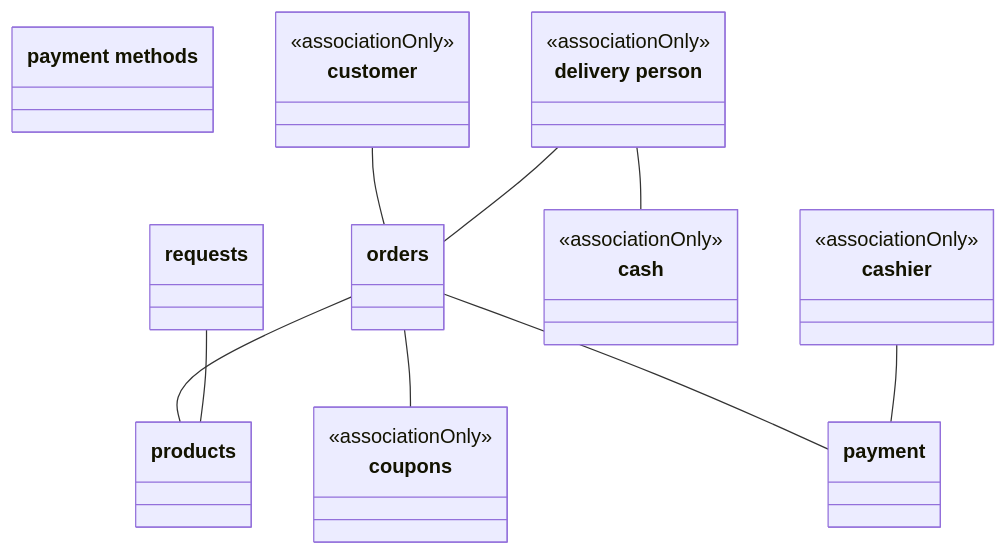
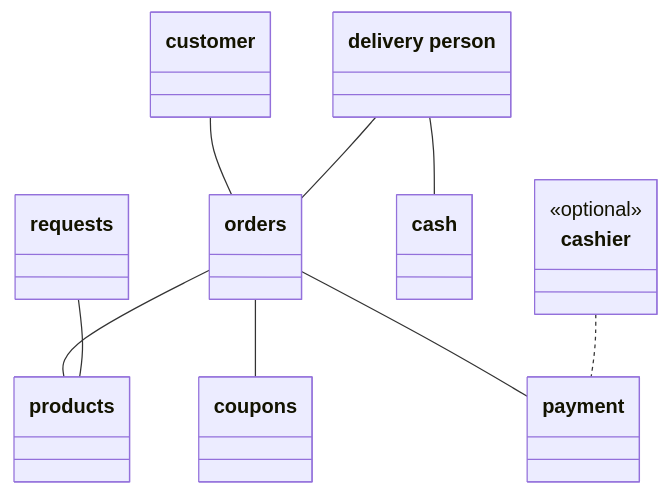
One commit to DomDeWulf/user-story-domain-model-datasets changed the diagram in 2_gold_standard_domain_models/fish_chips.mmd. Above: the diagram before and after it, drawn with Mermaid. The commit also changed 21 other files, not shown here.

Commit message:
Adapt domain models to revised gold and silver standard

```diff
--- a/2_gold_standard_domain_models/fish_chips.mmd
+++ b/2_gold_standard_domain_models/fish_chips.mmd
@@ -1,68 +1,61 @@
 classDiagram
     %% Project: Fish&Chips
-    %% Class labels match Gold standard - Classes.xlsx exactly, including capitalization.
-    %% Singular/plural forms are assumed equivalent; every changed endpoint is documented below.
-    %% Every association preserves one row of Gold standard - Associations.xlsx, in workbook order.
-    %% associationOnly nodes have no matching class in the Classes Excel; exclude them from class evaluation.
+    %% Source: Gold&Silver Standard.xlsx, sheets 'Class - Gold Standard' (column B) and 'Association - Gold Standard' (columns C:D).
+    %% Class labels match the revised class list exactly, including capitalization.
+    %% Class IDs and order follow the previous models; new classes are appended and removed classes leave ID gaps.
+    %% Workbook legend: red fill = removed, green fill = optional, blue text = added.
+    %% Removed classes and associations are omitted. Optional classes carry <<optional>>; optional associations use a dashed .. line.
+    %% Association endpoints are mapped to class labels; every changed endpoint is documented below.
     %% No direction, multiplicity, relationship labels, inheritance, attributes, or methods are inferred.
     class C001["payment"]
     class C002["products"]
     class C003["orders"]
     class C004["requests"]
-    class C005["payment methods"]
     class C006["customer"]
-    <<associationOnly>> C006
     class C007["coupons"]
-    <<associationOnly>> C007
     class C008["delivery person"]
-    <<associationOnly>> C008
     class C009["cash"]
-    <<associationOnly>> C009
+    %% Class 'Class - Gold Standard'!B9: optional (green fill).
     class C010["cashier"]
-    <<associationOnly>> C010
+    <<optional>> C010
 
-    %% Association (Classes Excel terms where available): orders -- products
-    %% Associations Excel (Sheet1!C3:D3): order -- products.
-    %% Assumption: "order" -> "orders" (singular/plural forms are assumed interchangeable).
+    %% Association: orders -- products
+    %% Workbook ('Association - Gold Standard'!C3): order -- product.
+    %% Mapping: "order" -> "orders" (singular/plural); "product" -> "products" (singular/plural).
     C003 -- C002
 
-    %% Association (Classes Excel terms where available): requests -- products
-    %% Associations Excel (Sheet1!C4:D4): requests -- product.
-    %% Assumption: "product" -> "products" (singular/plural forms are assumed interchangeable).
+    %% Association: requests -- products
+    %% Workbook ('Association - Gold Standard'!C4): request -- product.
+    %% Mapping: "request" -> "requests" (singular/plural); "product" -> "products" (singular/plural).
     C004 -- C002
 
-    %% Association (Classes Excel terms where available): customer -- orders
-    %% Associations Excel (Sheet1!C5:D5): customer -- order.
-    %% Assumption: "order" -> "orders" (singular/plural forms are assumed interchangeable).
-    %% Absent from Classes Excel: "customer" is associationOnly; no equivalent class identified; retained to preserve the source association.
+    %% Association: customer -- orders
+    %% Workbook ('Association - Gold Standard'!C5): custom -- order.
+    %% Mapping: "custom" -> "customer" (truncated stem); "order" -> "orders" (singular/plural).
     C006 -- C003
 
-    %% Association (Classes Excel terms where available): orders -- coupons
-    %% Associations Excel (Sheet1!C6:D6): order -- coupons.
-    %% Assumption: "order" -> "orders" (singular/plural forms are assumed interchangeable).
-    %% Absent from Classes Excel: "coupons" is associationOnly; no equivalent class identified; retained to preserve the source association.
+    %% Association: orders -- coupons
+    %% Workbook ('Association - Gold Standard'!C6): order -- coupon.
+    %% Mapping: "order" -> "orders" (singular/plural); "coupon" -> "coupons" (singular/plural).
     C003 -- C007
 
-    %% Association (Classes Excel terms where available): delivery person -- cash
-    %% Associations Excel (Sheet1!C7:D7): delivery person -- cash.
-    %% Wording differences: none.
-    %% Absent from Classes Excel: "delivery person" is associationOnly; no equivalent class identified; retained to preserve the source association.
-    %% Absent from Classes Excel: "cash" is associationOnly; no equivalent class identified; retained to preserve the source association.
+    %% Association: delivery person -- cash
+    %% Workbook ('Association - Gold Standard'!C7): delivery person -- cash.
+    %% Mapping: none.
     C008 -- C009
 
-    %% Association (Classes Excel terms where available): delivery person -- orders
-    %% Associations Excel (Sheet1!C8:D8): delivery person -- orders.
-    %% Wording differences: none.
-    %% Absent from Classes Excel: "delivery person" is associationOnly; no equivalent class identified; retained to preserve the source association.
+    %% Association: delivery person -- orders
+    %% Workbook ('Association - Gold Standard'!C8): delivery person -- order.
+    %% Mapping: "order" -> "orders" (singular/plural).
     C008 -- C003
 
-    %% Association (Classes Excel terms where available): orders -- payment
-    %% Associations Excel (Sheet1!C9:D9): order -- payment.
-    %% Assumption: "order" -> "orders" (singular/plural forms are assumed interchangeable).
+    %% Association: orders -- payment
+    %% Workbook ('Association - Gold Standard'!C9): order -- payment.
+    %% Mapping: "order" -> "orders" (singular/plural).
     C003 -- C001
 
-    %% Association (Classes Excel terms where available): cashier -- payment
-    %% Associations Excel (Sheet1!C10:D10): cashier -- payment.
-    %% Wording differences: none.
-    %% Absent from Classes Excel: "cashier" is associationOnly; no equivalent class identified; retained to preserve the source association.
-    C010 -- C001
+    %% Association: cashier -- payment
+    %% Workbook ('Association - Gold Standard'!C10): cashier -- payment.
+    %% Mapping: none.
+    %% Status: optional (green fill).
+    C010 .. C001
```
